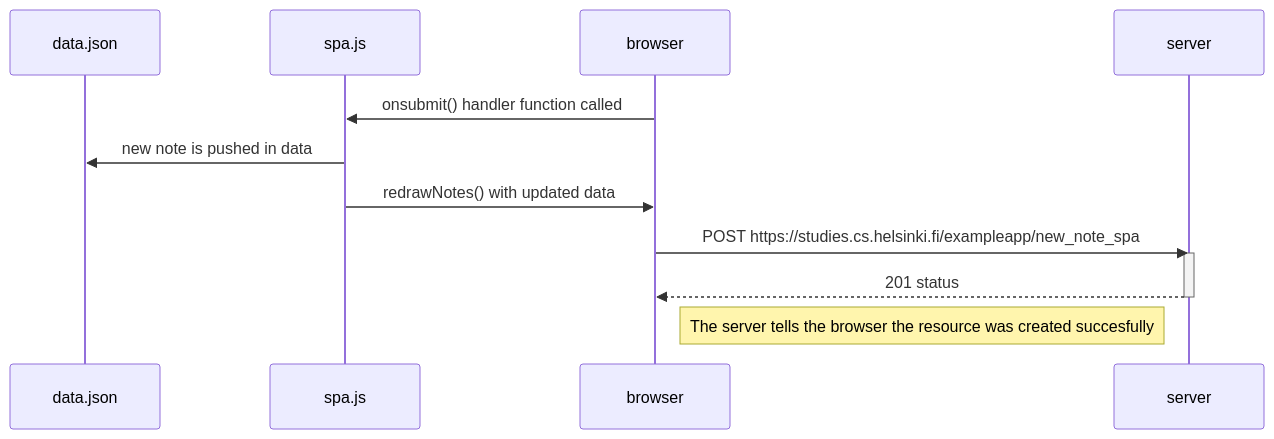
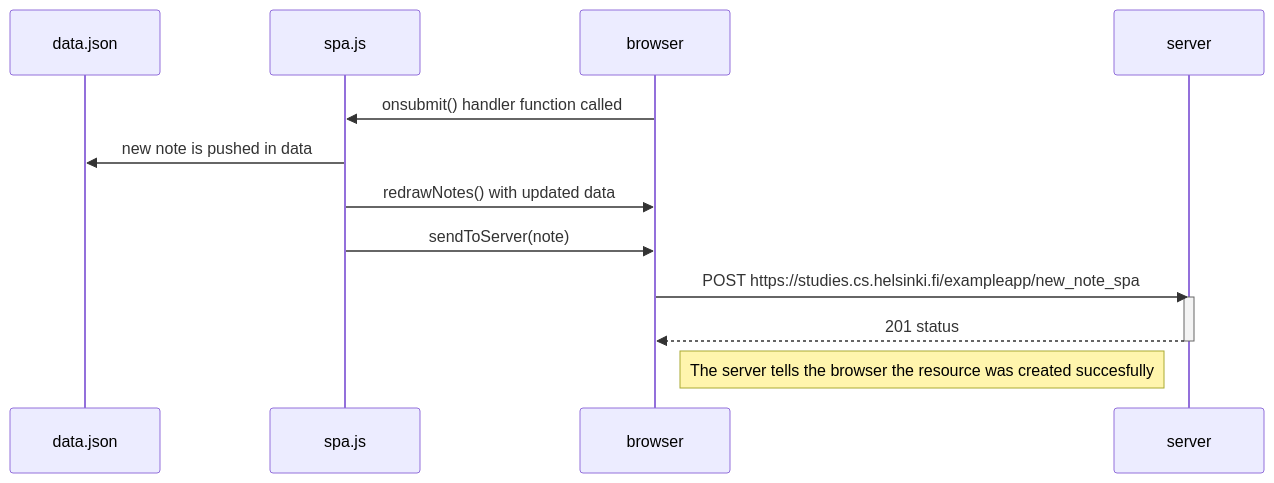
One commit to 10Peppermill/fso-submission-repository changed the diagram in part0/Single_page_app_diagram.md. Above: the diagram before and after it, drawn with Mermaid.

Commit message:
added missing step

````diff
--- a/part0/Single_page_app_diagram.md
+++ b/part0/Single_page_app_diagram.md
@@ -3,16 +3,17 @@
 ```mermaid
 sequenceDiagram
     participant data.json
     participant spa.js
     participant browser
     participant server
     
     browser->>spa.js : onsubmit() handler function called
     spa.js->>data.json : new note is pushed in data
-    spa.js->>browser : redrawNotes() with updated data 
+    spa.js->>browser : redrawNotes() with updated data
+    spa.js->>browser : sendToServer(note) 
     browser->>server : POST https://studies.cs.helsinki.fi/exampleapp/new_note_spa
     activate server
     server-->>browser: 201 status
     deactivate server
     Note right of browser: The server tells the browser the resource was created succesfully
 ```
````
